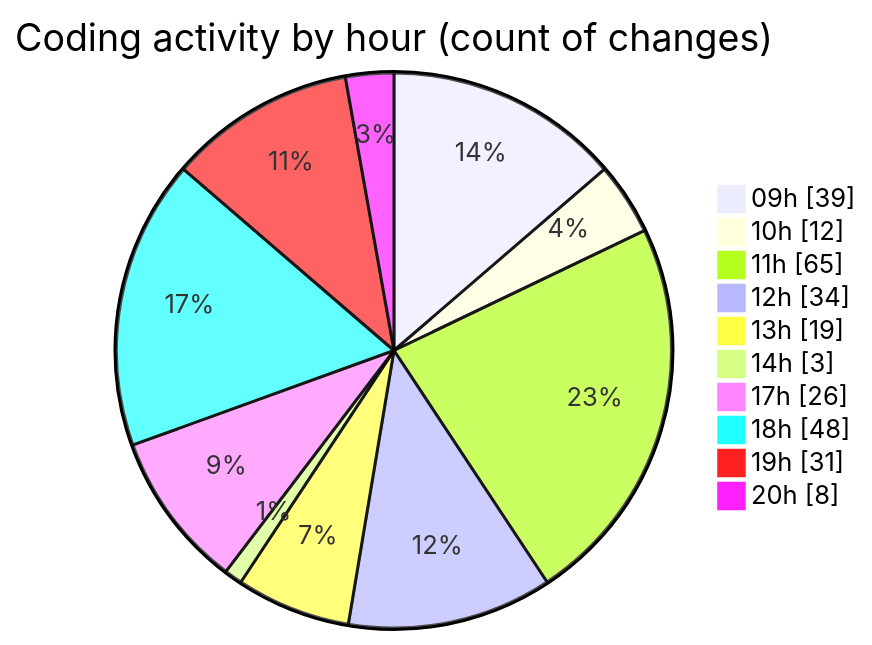
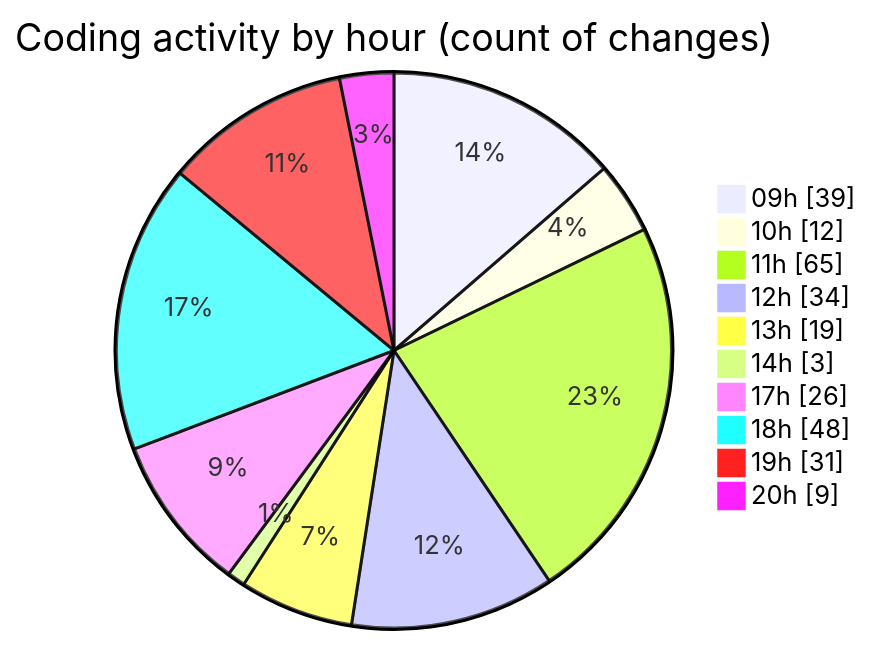
The second of 2 diagrams in 2025-03-04/cda/README.md (momahboobian/code-tracking), drawn with Mermaid before and after one commit. The commit also changed other lines of this file and 1 other file, not shown here.

````diff
--- a/2025-03-04/cda/README.md
+++ b/2025-03-04/cda/README.md
@@ -41,14 +42,14 @@
 ```mermaid
 pie showData
 title Coding activity by hour (count of changes)
 "09h" : 39
 "10h" : 12
 "11h" : 65
 "12h" : 34
 "13h" : 19
 "14h" : 3
 "17h" : 26
 "18h" : 48
 "19h" : 31
-"20h" : 8
+"20h" : 9
 ```
````
